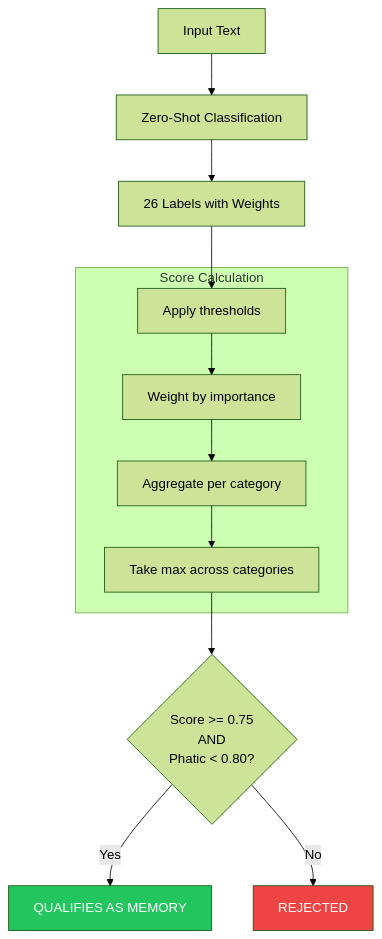
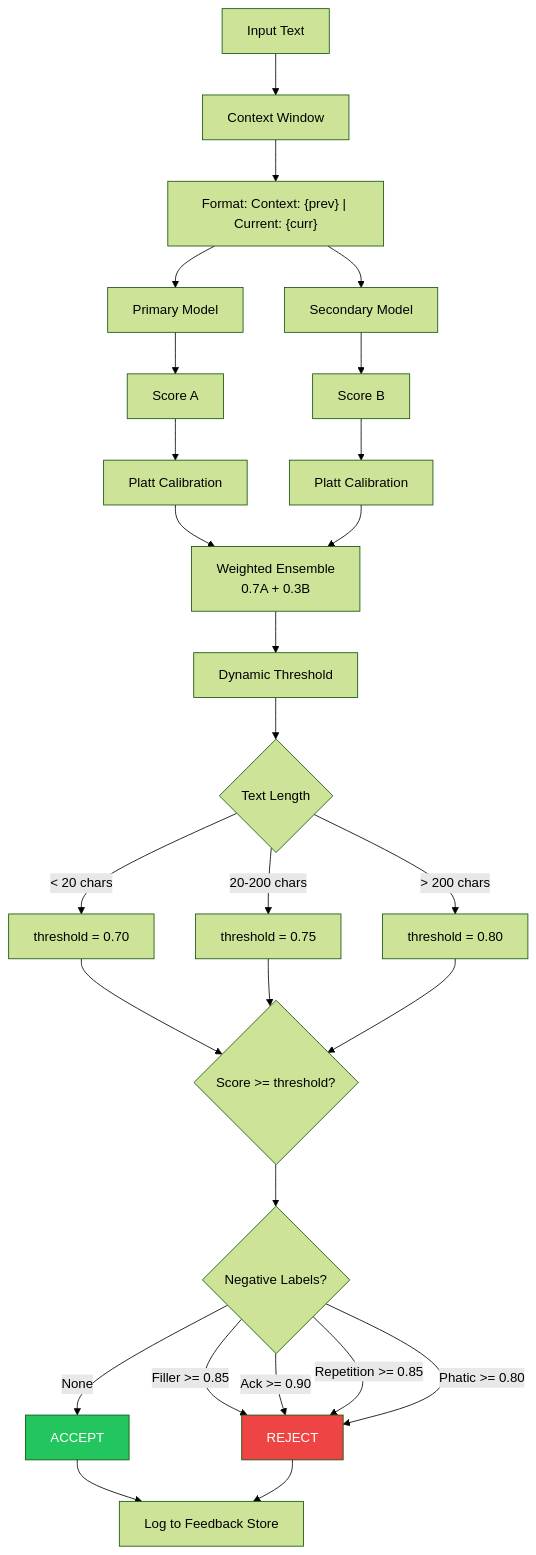
Before and after one commit to aacebo/merc: the third of 4 diagrams in libs/merc-engine/docs/analysis/memory-system-comparison.md, drawn with Mermaid (forest theme). The commit also changed other lines of this file and 1 other file, not shown here.

````diff
--- a/libs/merc-engine/docs/analysis/memory-system-comparison.md
+++ b/libs/merc-engine/docs/analysis/memory-system-comparison.md
@@ -41,21 +106,41 @@
 ```mermaid
 flowchart TD
-    A[Input Text] --> B[Zero-Shot Classification]
-    B --> C[26 Labels with Weights]
+    A[Input Text] --> B[Context Window]
+    B --> C["Format: Context: {prev} | Current: {curr}"]
 
-    subgraph Scoring [Score Calculation]
-        D[Apply thresholds]
-        E[Weight by importance]
-        F[Aggregate per category]
-        G[Take max across categories]
-    end
+    C --> D[Primary Model]
+    C --> E[Secondary Model]
 
-    C --> D --> E --> F --> G
+    D --> F[Score A]
+    E --> G[Score B]
 
-    G --> H{Score >= 0.75<br/>AND<br/>Phatic < 0.80?}
-    H -->|Yes| I[QUALIFIES AS MEMORY]
-    H -->|No| J[REJECTED]
+    F --> H[Platt Calibration]
+    G --> I[Platt Calibration]
 
-    style I fill:#22c55e,color:#fff
-    style J fill:#ef4444,color:#fff
+    H --> J[Weighted Ensemble<br/>0.7A + 0.3B]
+    I --> J
+
+    J --> K[Dynamic Threshold]
+    K --> L{Text Length}
+
+    L -->|< 20 chars| M[threshold = 0.70]
+    L -->|20-200 chars| N[threshold = 0.75]
+    L -->|> 200 chars| O[threshold = 0.80]
+
+    M --> P{Score >= threshold?}
+    N --> P
+    O --> P
+
+    P --> Q{Negative Labels?}
+    Q -->|Filler >= 0.85| R[REJECT]
+    Q -->|Ack >= 0.90| R
+    Q -->|Repetition >= 0.85| R
+    Q -->|Phatic >= 0.80| R
+    Q -->|None| S[ACCEPT]
+
+    S --> T[Log to Feedback Store]
+    R --> T
+
+    style S fill:#22c55e,color:#fff
+    style R fill:#ef4444,color:#fff
 ```
````
